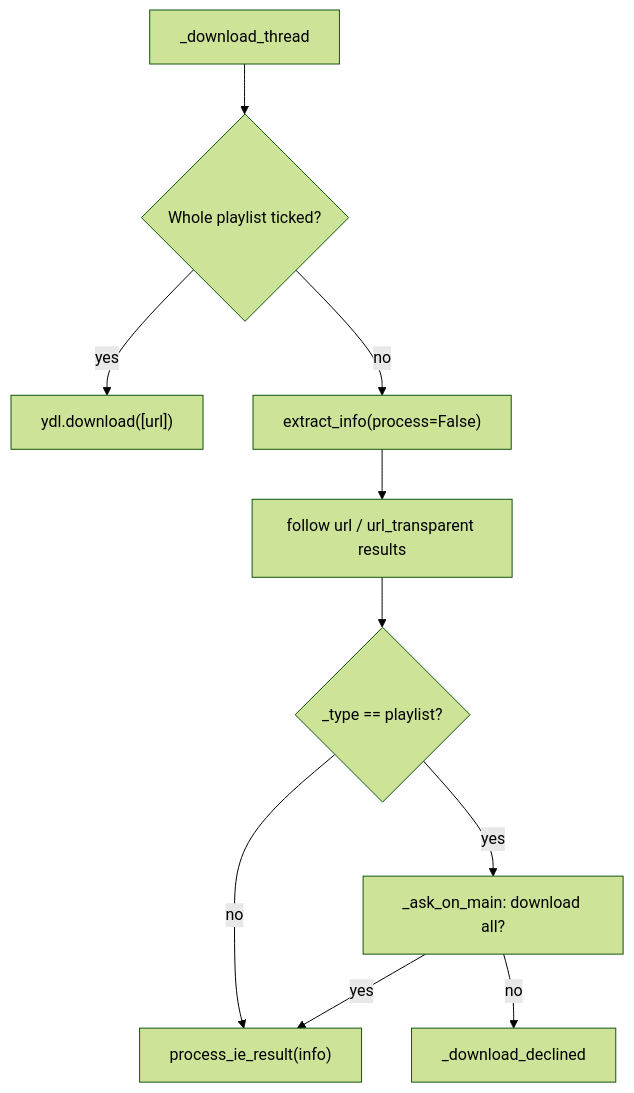
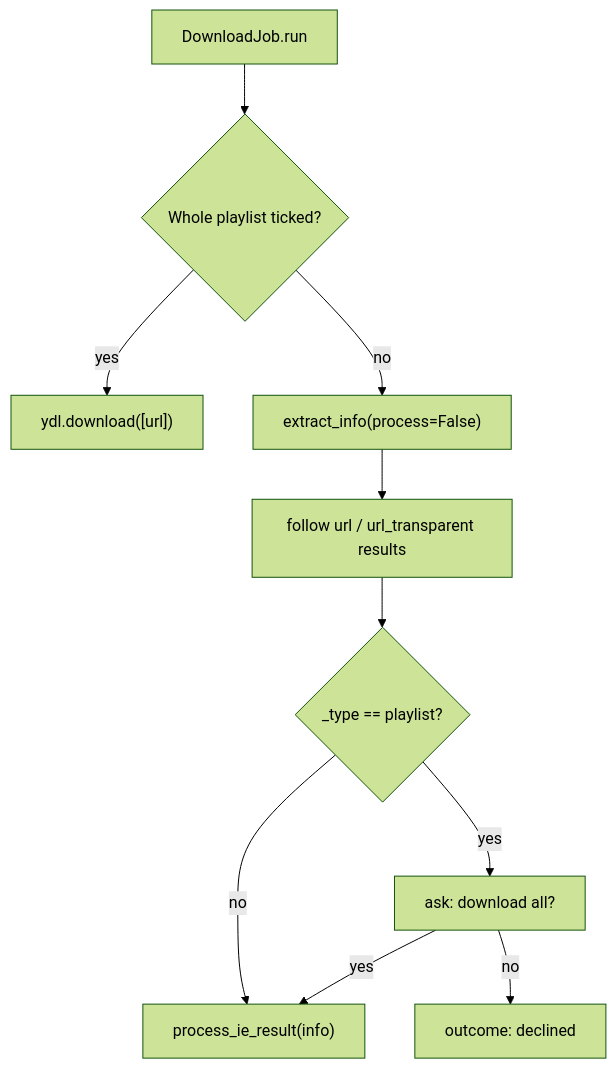
Before and after one commit to lifeupnorth/YouTubeDownloader: the second of 2 diagrams in docs/wiki/04-download-pipeline.md, drawn with Mermaid (forest theme). The commit also changed other lines of this file and 9 other files, not shown here.

````diff
--- a/docs/wiki/04-download-pipeline.md
+++ b/docs/wiki/04-download-pipeline.md
@@ -75,12 +85,12 @@
 ```mermaid
 flowchart TD
-    start["_download_thread"] --> ticked{"Whole playlist ticked?"}
+    start["DownloadJob.run"] --> ticked{"Whole playlist ticked?"}
     ticked -- yes --> dl["ydl.download([url])"]
     ticked -- no --> probe["extract_info(process=False)"]
     probe --> follow["follow url / url_transparent results"]
     follow --> isList{"_type == playlist?"}
     isList -- no --> proc["process_ie_result(info)"]
-    isList -- yes --> ask["_ask_on_main: download all?"]
+    isList -- yes --> ask["ask: download all?"]
     ask -- yes --> proc
-    ask -- no --> declined["_download_declined"]
+    ask -- no --> declined["outcome: declined"]
 ```
````
